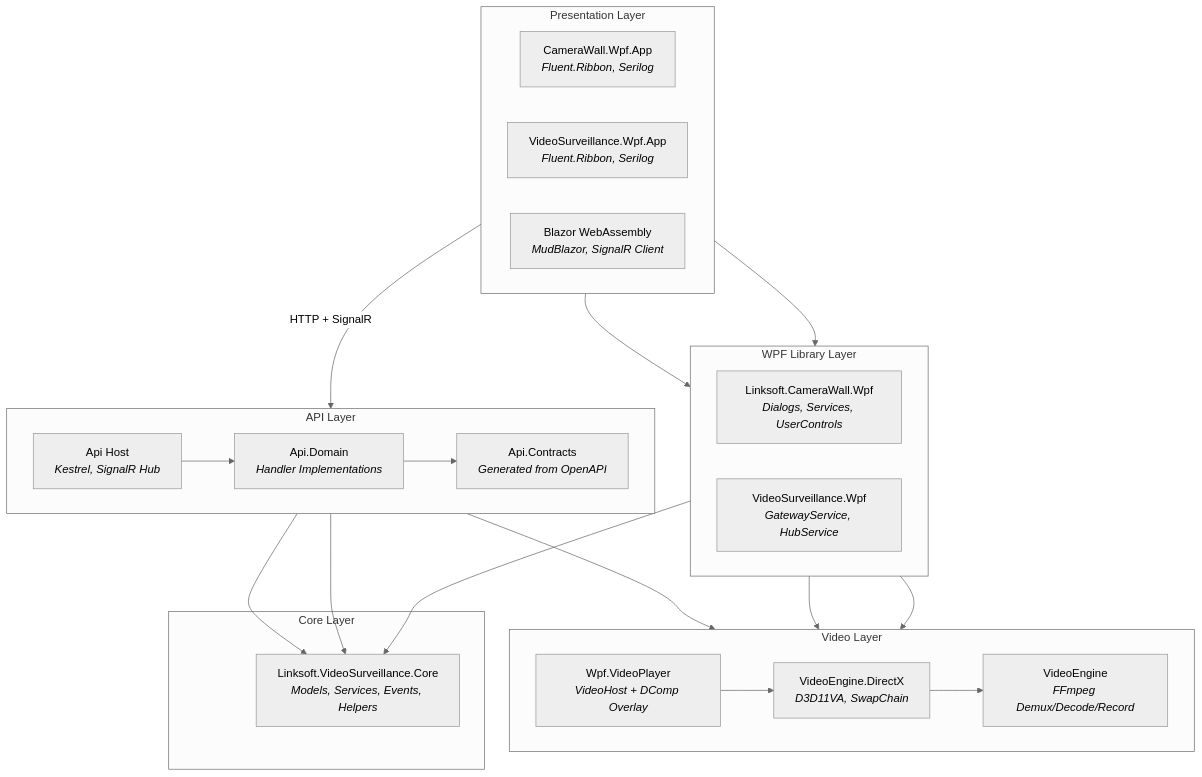
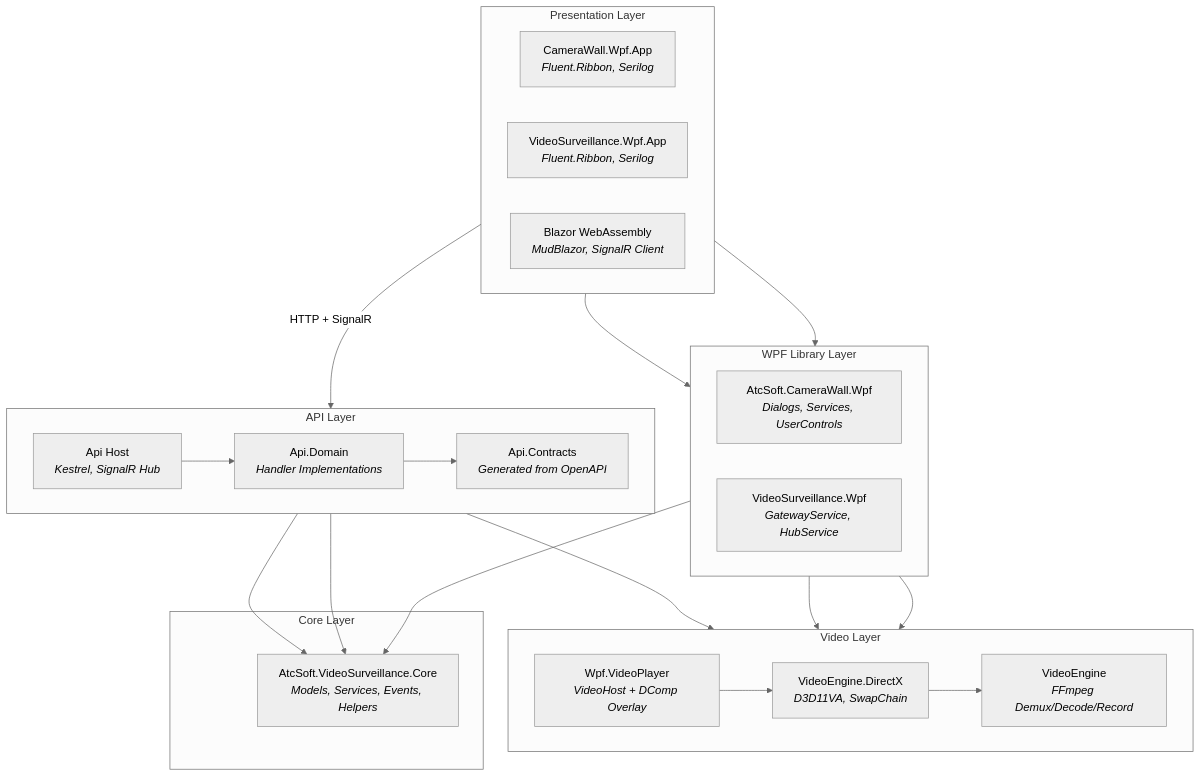
One commit to davidkallesen/AtcSoft.VideoSurveillance changed the third of 8 diagrams in docs/architecture.md. Above: the diagram before and after it, drawn with Mermaid (neutral theme). The commit also changed other lines of this file and 581 other files, not shown here.

First line of the commit message:
feat: rename product and namespaces from Linksoft to AtcSoft

````diff
--- a/docs/architecture.md
+++ b/docs/architecture.md
@@ -79,47 +79,47 @@
 ```mermaid
 graph TB
     subgraph Presentation["Presentation Layer"]
         direction LR
         AppShell["CameraWall.Wpf.App<br/><i>Fluent.Ribbon, Serilog</i>"]
         VSAppShell["VideoSurveillance.Wpf.App<br/><i>Fluent.Ribbon, Serilog</i>"]
         BlazorUI["Blazor WebAssembly<br/><i>MudBlazor, SignalR Client</i>"]
     end
 
     subgraph Library["WPF Library Layer"]
         direction LR
-        CWLib["Linksoft.CameraWall.Wpf<br/><i>Dialogs, Services, UserControls</i>"]
+        CWLib["AtcSoft.CameraWall.Wpf<br/><i>Dialogs, Services, UserControls</i>"]
         VSLib["VideoSurveillance.Wpf<br/><i>GatewayService, HubService</i>"]
     end
 
     subgraph VideoLayer["Video Layer"]
         direction LR
         VideoPlayer["Wpf.VideoPlayer<br/><i>VideoHost + DComp Overlay</i>"]
         DirectX["VideoEngine.DirectX<br/><i>D3D11VA, SwapChain</i>"]
         VideoEngine["VideoEngine<br/><i>FFmpeg Demux/Decode/Record</i>"]
     end
 
     subgraph APILayer["API Layer"]
         direction LR
         APIHost["Api Host<br/><i>Kestrel, SignalR Hub</i>"]
         DomainHandlers["Api.Domain<br/><i>Handler Implementations</i>"]
         ContractsGen["Api.Contracts<br/><i>Generated from OpenAPI</i>"]
     end
 
     subgraph CoreLayer["Core Layer"]
-        Core["Linksoft.VideoSurveillance.Core<br/><i>Models, Services, Events, Helpers</i>"]
+        Core["AtcSoft.VideoSurveillance.Core<br/><i>Models, Services, Events, Helpers</i>"]
     end
 
     AppShell --> CWLib
     VSAppShell --> VSLib
     CWLib --> VideoPlayer
     VSLib --> VideoPlayer
     CWLib --> Core
     VideoPlayer --> DirectX
     DirectX --> VideoEngine
     BlazorUI -- "HTTP + SignalR" --> APIHost
     APIHost --> DomainHandlers
     DomainHandlers --> ContractsGen
     APIHost --> Core
     APIHost --> VideoEngine
     ContractsGen --> Core
 ```
````
